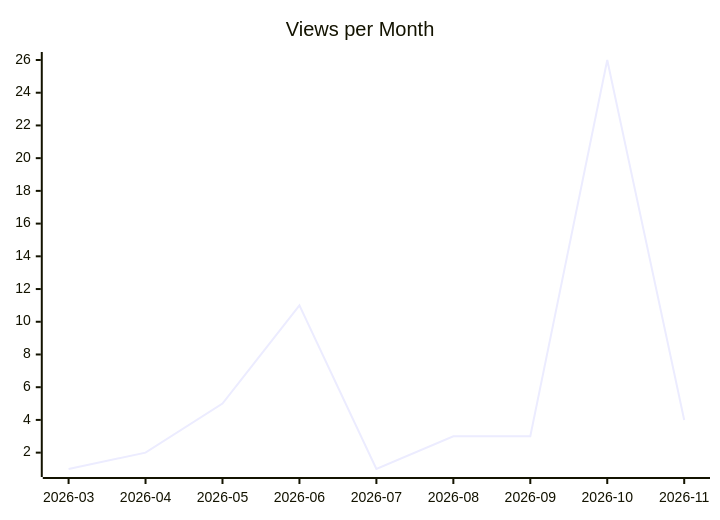
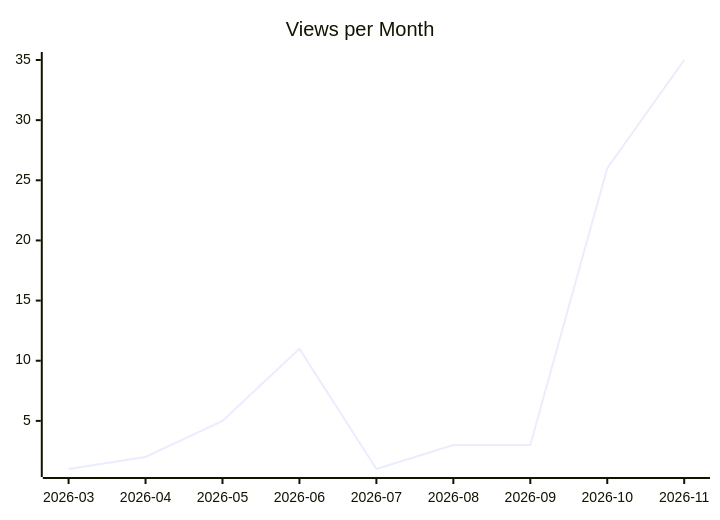
One commit to justdavis-family/github-analytics-data changed the second of 3 diagrams in karlmdavis/justdavis-ansible/README.md. Above: the diagram before and after it, drawn with Mermaid. The commit also changed other lines of this file and 188 other files, not shown here.

````diff
--- a/karlmdavis/justdavis-ansible/README.md
+++ b/karlmdavis/justdavis-ansible/README.md
@@ -12,6 +12,6 @@
 ```mermaid
 xychart-beta
   title "Views per Month"
   x-axis ["2026-03", "2026-04", "2026-05", "2026-06", "2026-07", "2026-08", "2026-09", "2026-10", "2026-11"]
-  line [1, 2, 5, 11, 1, 3, 3, 26, 4]
+  line [1, 2, 5, 11, 1, 3, 3, 26, 35]
 ```
````
